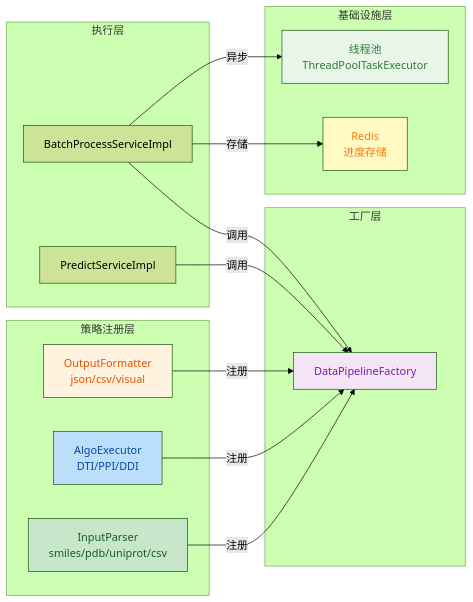
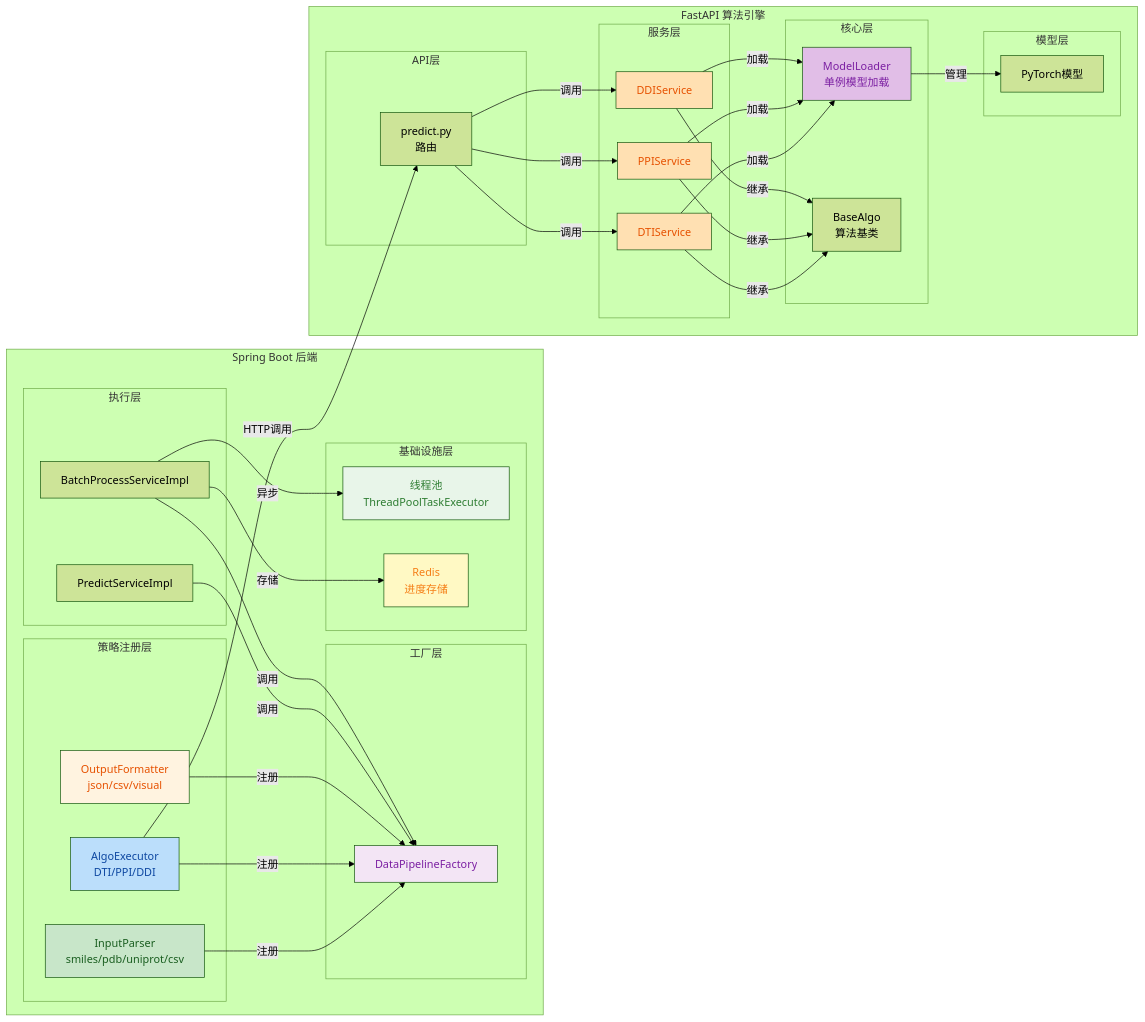
One commit to Ljz4777/SynPharm changed the diagram in docs/modules/predict/数据流开发操作文档.md. Above: the diagram before and after it, drawn with Mermaid (forest theme). The commit also changed other lines of this file, not shown here.

````diff
--- a/docs/modules/predict/数据流开发操作文档.md
+++ b/docs/modules/predict/数据流开发操作文档.md
@@ -48,37 +48,77 @@
 ```mermaid
 flowchart LR
-    subgraph 策略注册层
-        A[InputParser<br/>smiles/pdb/uniprot/csv]
-        B[AlgoExecutor<br/>DTI/PPI/DDI]
-        C[OutputFormatter<br/>json/csv/visual]
+    subgraph Spring Boot 后端
+        subgraph 策略注册层
+            A[InputParser<br/>smiles/pdb/uniprot/csv]
+            B[AlgoExecutor<br/>DTI/PPI/DDI]
+            C[OutputFormatter<br/>json/csv/visual]
+        end
+        
+        subgraph 工厂层
+            D[DataPipelineFactory]
+        end
+        
+        subgraph 执行层
+            E[PredictServiceImpl]
+            F[BatchProcessServiceImpl]
+        end
+        
+        subgraph 基础设施层
+            G[线程池<br/>ThreadPoolTaskExecutor]
+            H[Redis<br/>进度存储]
+        end
+        
+        A -->|注册| D
+        B -->|注册| D
+        C -->|注册| D
+        E -->|调用| D
+        F -->|调用| D
+        F -->|异步| G
+        F -->|存储| H
     end
     
-    subgraph 工厂层
-        D[DataPipelineFactory]
+    subgraph FastAPI 算法引擎
+        subgraph API层
+            I[predict.py<br/>路由]
+        end
+        
+        subgraph 服务层
+            J[DTIService]
+            K[PPIService]
+            L[DDIService]
+        end
+        
+        subgraph 核心层
+            M[ModelLoader<br/>单例模型加载]
+            N[BaseAlgo<br/>算法基类]
+        end
+        
+        subgraph 模型层
+            O[PyTorch模型]
+        end
+        
+        I -->|调用| J
+        I -->|调用| K
+        I -->|调用| L
+        J -->|继承| N
+        K -->|继承| N
+        L -->|继承| N
+        J -->|加载| M
+        K -->|加载| M
+        L -->|加载| M
+        M -->|管理| O
     end
     
-    subgraph 执行层
-        E[PredictServiceImpl]
-        F[BatchProcessServiceImpl]
-    end
-    
-    subgraph 基础设施层
-        G[线程池<br/>ThreadPoolTaskExecutor]
-        H[Redis<br/>进度存储]
-    end
-    
-    A -->|注册| D
-    B -->|注册| D
-    C -->|注册| D
-    E -->|调用| D
-    F -->|调用| D
-    F -->|异步| G
-    F -->|存储| H
+    B -->|HTTP调用| I
     
     style A fill:#c8e6c9,color:#1a5e20
     style B fill:#bbdefb,color:#0d47a1
     style C fill:#fff3e0,color:#e65100
     style D fill:#f3e5f5,color:#7b1fa2
     style G fill:#e8f5e9,color:#2e7d32
     style H fill:#fff9c4,color:#f57f17
+    style J fill:#ffe0b2,color:#e65100
+    style K fill:#ffe0b2,color:#e65100
+    style L fill:#ffe0b2,color:#e65100
+    style M fill:#e1bee7,color:#7b1fa2
 ```
````
